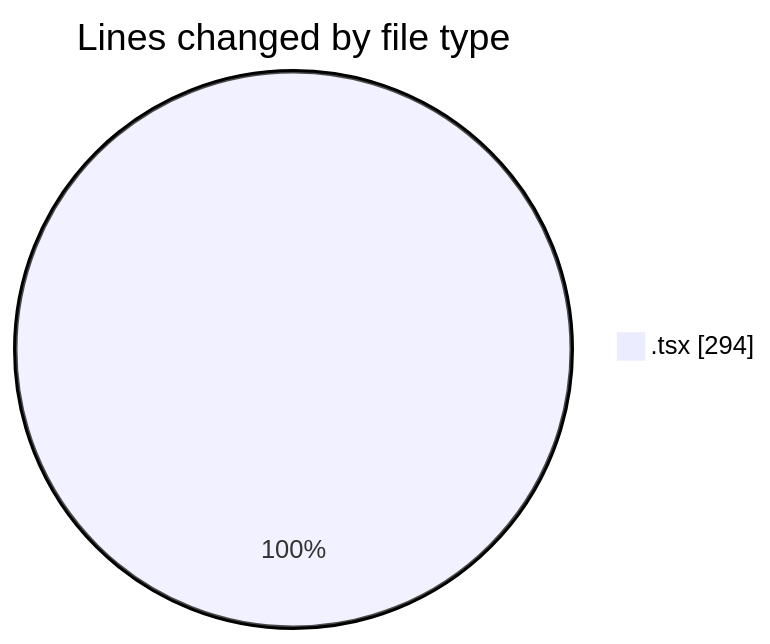
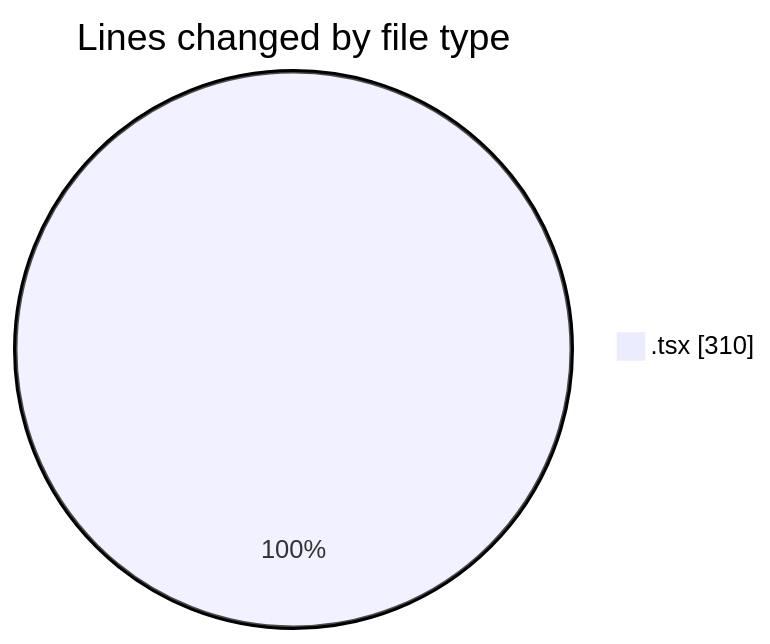
The first of 2 diagrams in 2025-02-11/cda/README.md (momahboobian/code-tracking), drawn with Mermaid before and after one commit. The commit also changed other lines of this file and 1 other file, not shown here.

````diff
--- a/2025-02-11/cda/README.md
+++ b/2025-02-11/cda/README.md
@@ -20,5 +20,5 @@
 ```mermaid
 pie showData
 title Lines changed by file type
-".tsx" : 294
+".tsx" : 310
 ```
````
